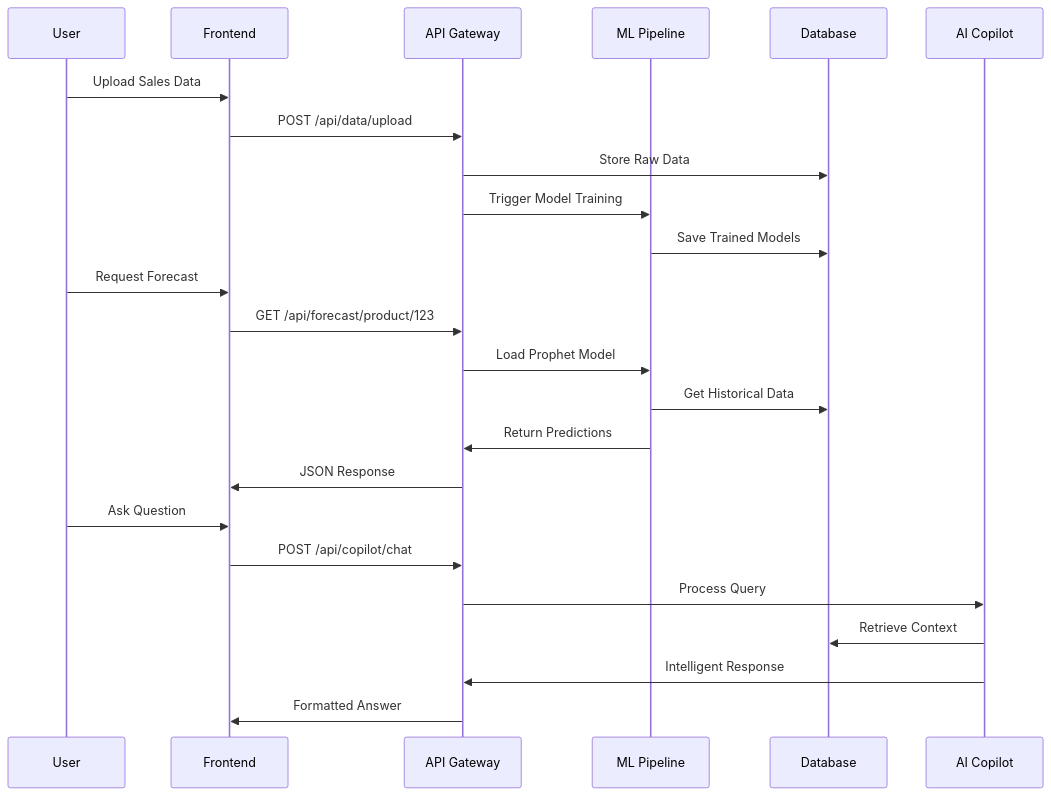
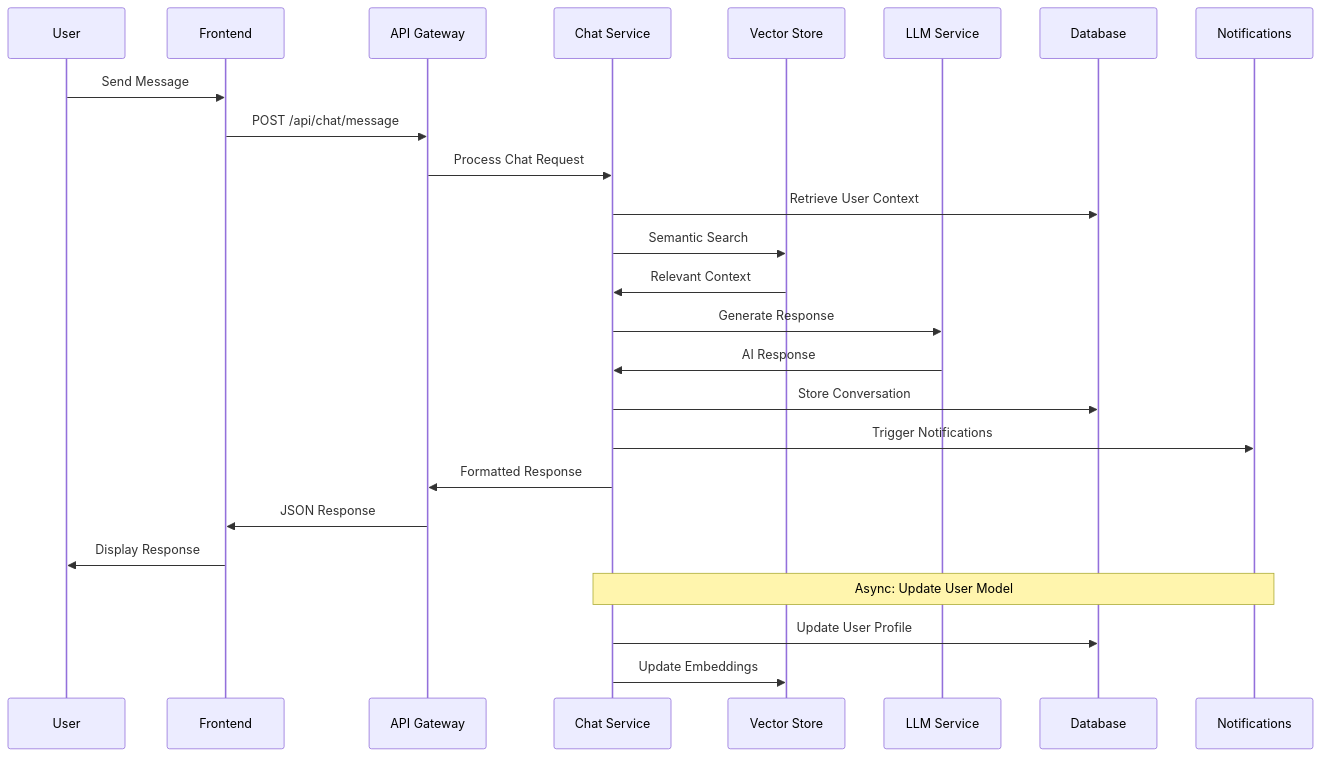
One commit to genius-0963/SelfSmart-Ai changed the second of 5 diagrams in README.md. Above: the diagram before and after it, drawn with Mermaid. The commit also changed other lines of this file, not shown here.

First line of the commit message:
feat: Add comprehensive production-grade README with architecture diagrams

````diff
--- a/README.md
+++ b/README.md
@@ -86,29 +105,32 @@
 ```mermaid
 sequenceDiagram
     participant U as User
     participant F as Frontend
     participant A as API Gateway
-    participant ML as ML Pipeline
-    participant DB as Database
-    participant AI as AI Copilot
+    participant C as Chat Service
+    participant V as Vector Store
+    participant L as LLM Service
+    participant D as Database
+    participant N as Notifications
     
-    U->>F: Upload Sales Data
-    F->>A: POST /api/data/upload
-    A->>DB: Store Raw Data
-    A->>ML: Trigger Model Training
-    ML->>DB: Save Trained Models
+    U->>F: Send Message
+    F->>A: POST /api/chat/message
+    A->>C: Process Chat Request
     
-    U->>F: Request Forecast
-    F->>A: GET /api/forecast/product/123
-    A->>ML: Load Prophet Model
-    ML->>DB: Get Historical Data
-    ML->>A: Return Predictions
+    C->>D: Retrieve User Context
+    C->>V: Semantic Search
+    V->>C: Relevant Context
+    
+    C->>L: Generate Response
+    L->>C: AI Response
+    
+    C->>D: Store Conversation
+    C->>N: Trigger Notifications
+    C->>A: Formatted Response
     A->>F: JSON Response
+    F->>U: Display Response
     
-    U->>F: Ask Question
-    F->>A: POST /api/copilot/chat
-    A->>AI: Process Query
-    AI->>DB: Retrieve Context
-    AI->>A: Intelligent Response
-    A->>F: Formatted Answer
+    Note over C,N: Async: Update User Model
+    C->>D: Update User Profile
+    C->>V: Update Embeddings
 ```
````
